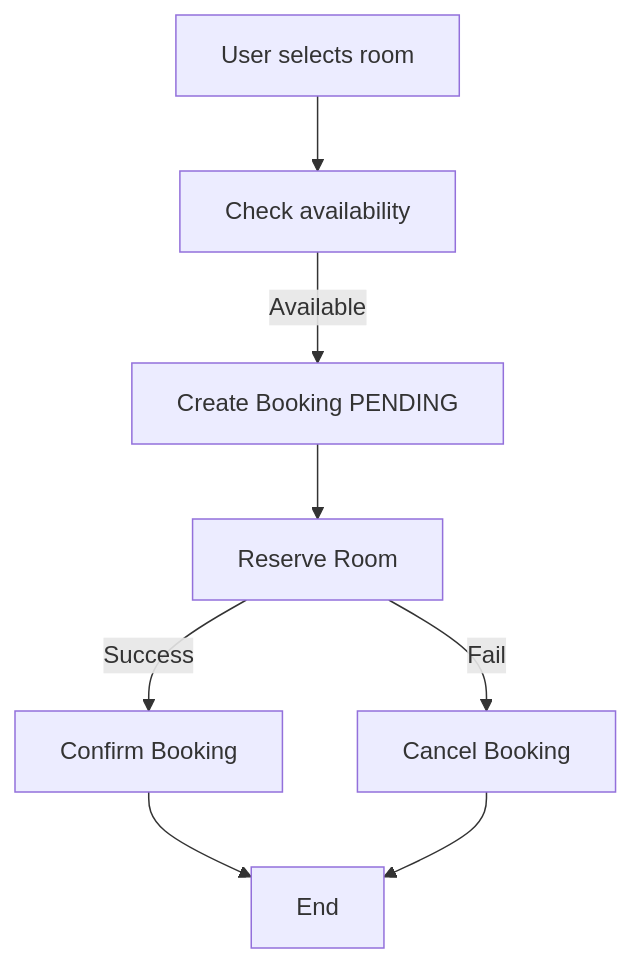
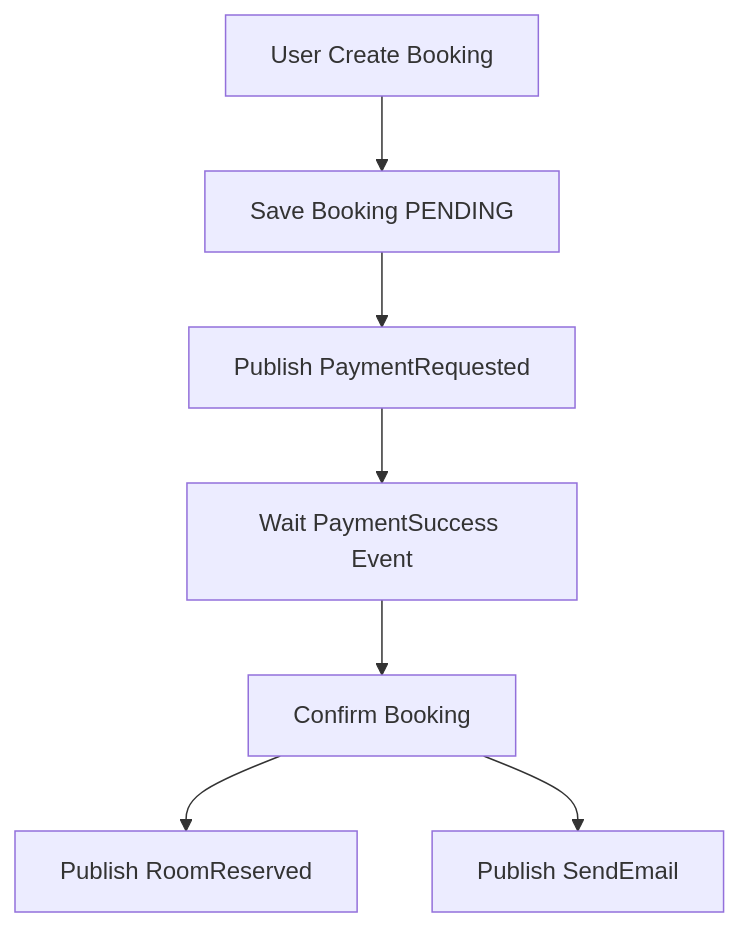
The second of 5 diagrams in analysis-and-design-ddd.md (bangit14/WebBanHang-Project), drawn with Mermaid before and after one commit. The commit also changed other lines of this file and 1 other file, not shown here.

````diff
--- a/analysis-and-design-ddd.md
+++ b/analysis-and-design-ddd.md
@@ -35,10 +146,9 @@
 ```mermaid
 flowchart TD
-    A[User selects room] --> B[Check availability]
-    B -->|Available| C[Create Booking PENDING]
-    C --> D[Reserve Room]
-    D -->|Success| E[Confirm Booking]
-    D -->|Fail| F[Cancel Booking]
-    E --> G[End]
-    F --> G
+    A[User Create Booking] --> B[Save Booking PENDING]
+    B --> C[Publish PaymentRequested]
+    C --> D[Wait PaymentSuccess Event]
+    D --> E[Confirm Booking]
+    E --> F[Publish RoomReserved]
+    E --> G[Publish SendEmail]
 ```
````
